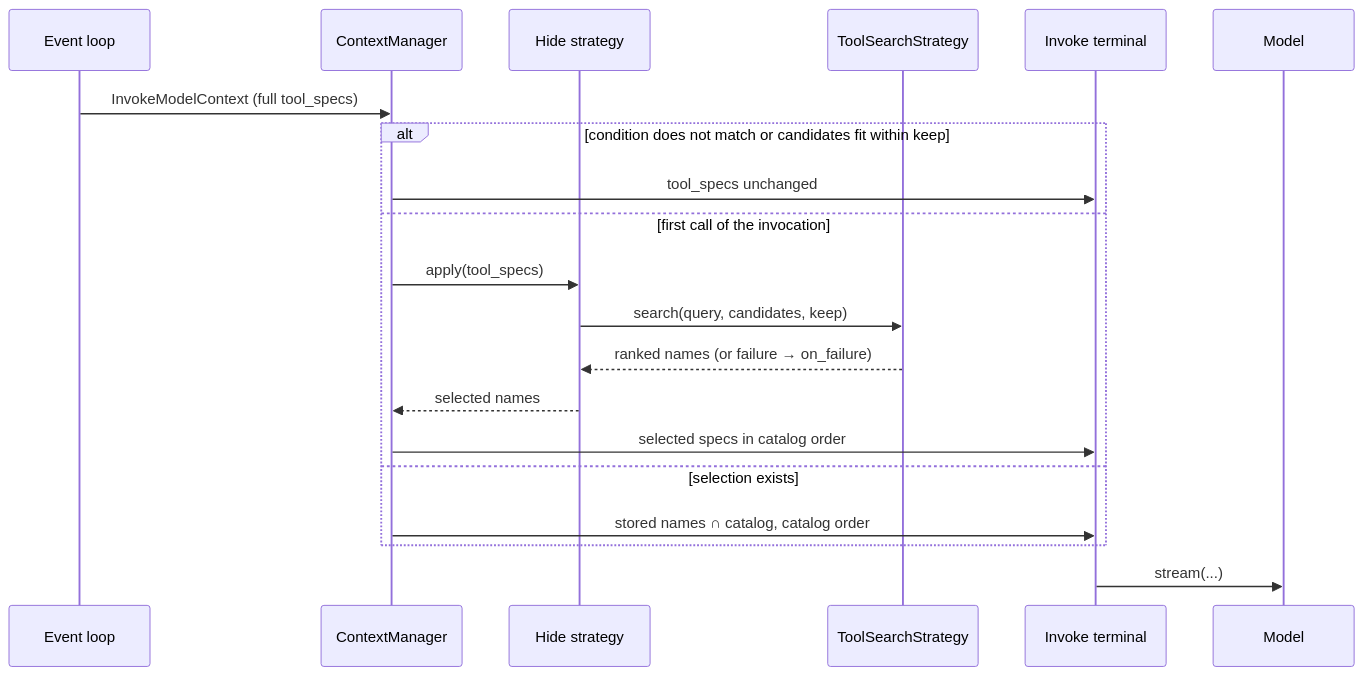
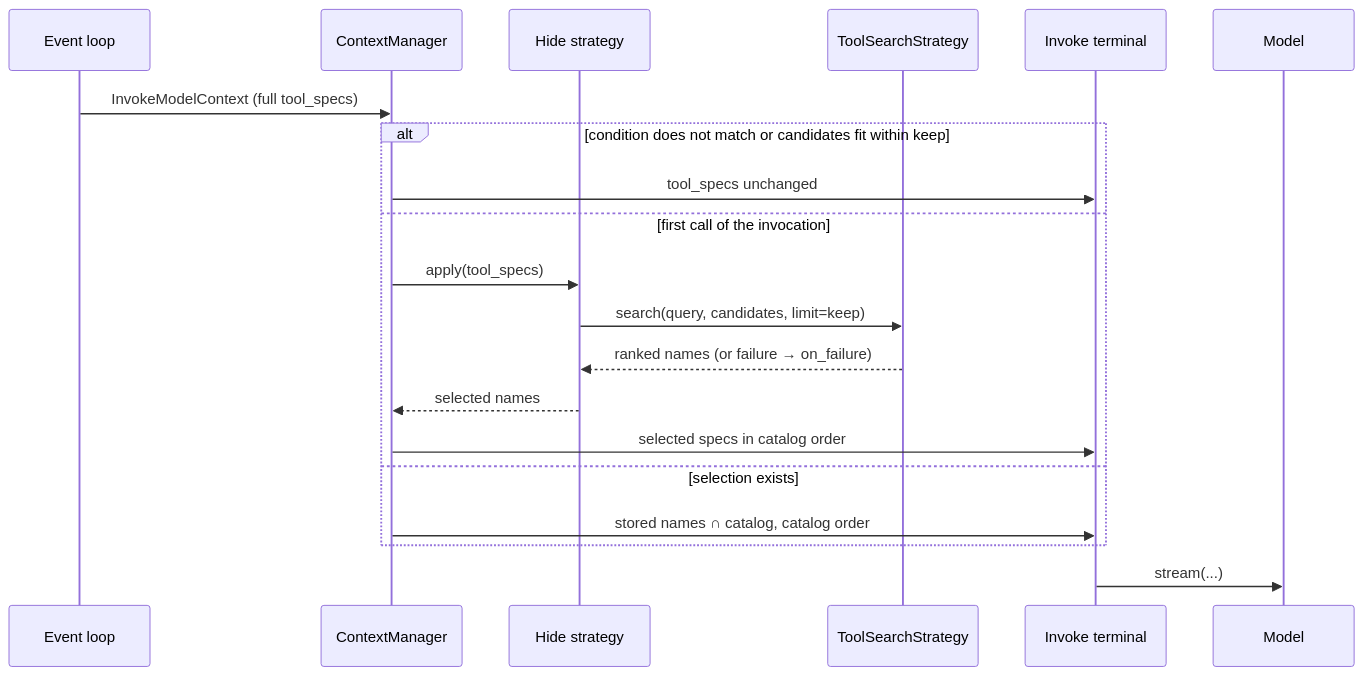
The diagram in team/designs/0018-tool-selection.md (JackYPCOnline/harness-sdk), drawn with Mermaid before and after one commit. The commit also changed other lines of this file, not shown here.

First line of the commit message:
docs(design): Pass tool search options as a trailing object

````diff
--- a/team/designs/0018-tool-selection.md
+++ b/team/designs/0018-tool-selection.md
@@ -70,23 +70,23 @@
 ```mermaid
 sequenceDiagram
     participant EL as Event loop
     participant CM as ContextManager
     participant H as Hide strategy
     participant S as ToolSearchStrategy
     participant T as Invoke terminal
     participant M as Model
 
     EL->>CM: InvokeModelContext (full tool_specs)
     alt condition does not match or candidates fit within keep
         CM->>T: tool_specs unchanged
     else first call of the invocation
         CM->>H: apply(tool_specs)
-        H->>S: search(query, candidates, keep)
+        H->>S: search(query, candidates, limit=keep)
         S-->>H: ranked names (or failure → on_failure)
         H-->>CM: selected names
         CM->>T: selected specs in catalog order
     else selection exists
         CM->>T: stored names ∩ catalog, catalog order
     end
     T->>M: stream(...)
 ```
````
